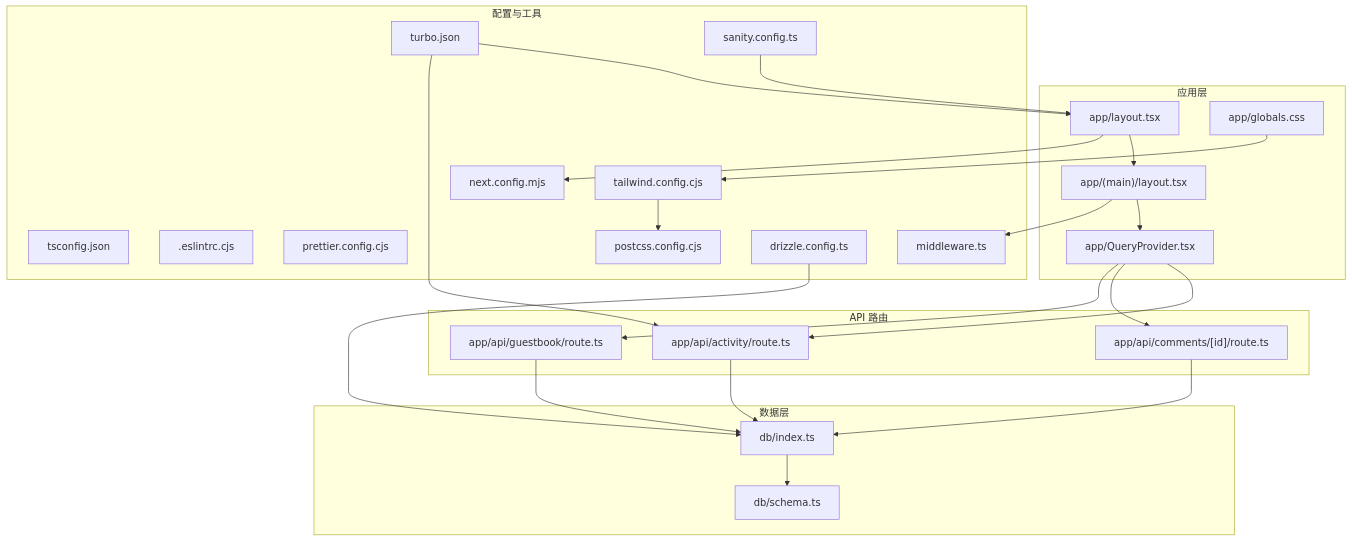
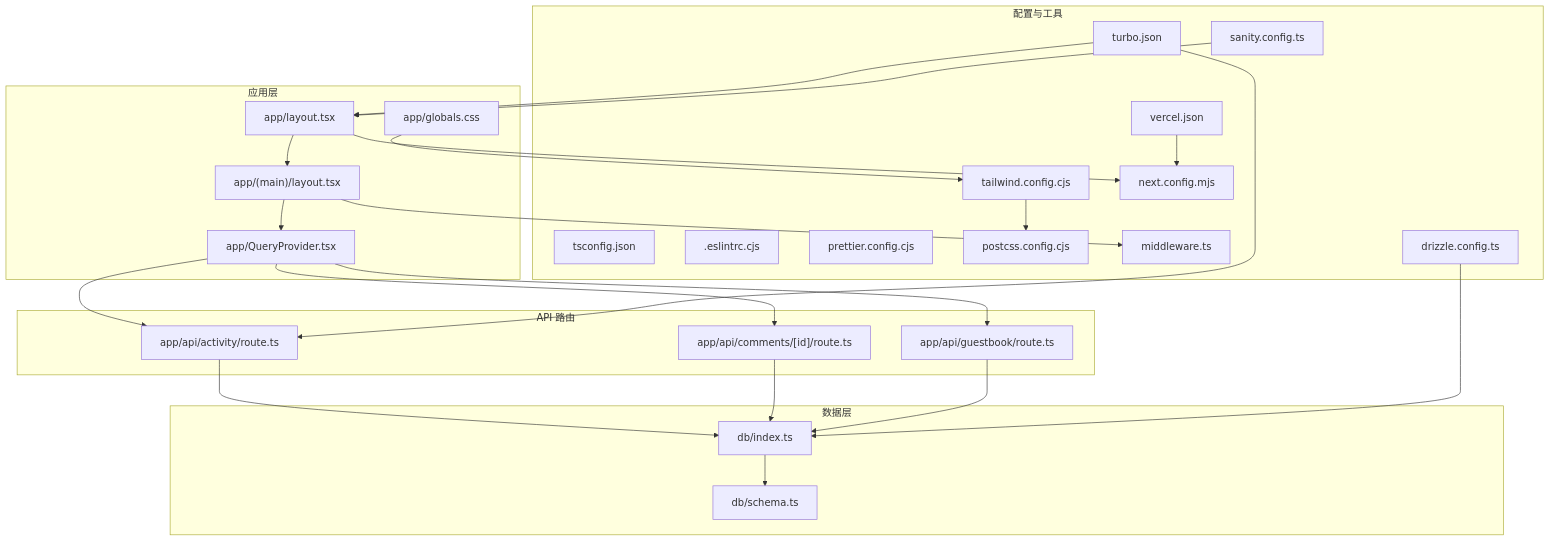
Before and after one commit to KTBOY/cali.so: the first of 7 diagrams in .qoder/repowiki/zh/content/开发指南.md, drawn with Mermaid. The commit also changed other lines of this file and 6607 other files, not shown here.

````diff
--- a/.qoder/repowiki/zh/content/开发指南.md
+++ b/.qoder/repowiki/zh/content/开发指南.md
@@ -55,47 +64,49 @@
 ```mermaid
 graph TB
 subgraph "应用层"
 A["app/layout.tsx"]
 B["app/(main)/layout.tsx"]
 C["app/QueryProvider.tsx"]
 D["app/globals.css"]
 end
 subgraph "API 路由"
 E["app/api/activity/route.ts"]
 F["app/api/comments/[id]/route.ts"]
 G["app/api/guestbook/route.ts"]
 end
 subgraph "数据层"
 H["db/index.ts"]
 I["db/schema.ts"]
 end
 subgraph "配置与工具"
 J["tsconfig.json"]
 K[".eslintrc.cjs"]
 L["prettier.config.cjs"]
 M["tailwind.config.cjs"]
 N["postcss.config.cjs"]
 O["next.config.mjs"]
 P["middleware.ts"]
 Q["turbo.json"]
 R["drizzle.config.ts"]
 S["sanity.config.ts"]
+T["vercel.json"]
 end
 A --> B
 B --> C
 C --> E
 C --> F
 C --> G
 E --> H
 F --> H
 G --> H
 H --> I
 D --> M
 M --> N
 A --> O
 B --> P
 Q --> A
 Q --> E
 R --> H
 S --> A
+T --> O
 ```
````
